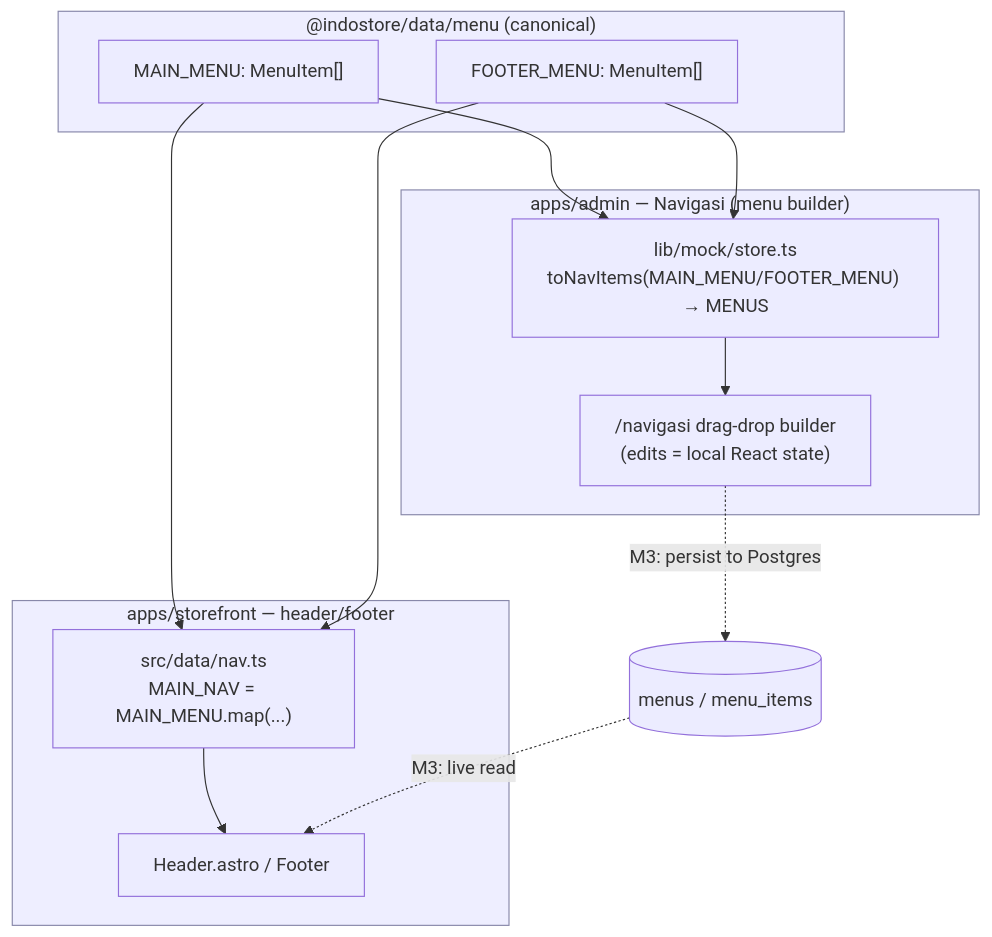
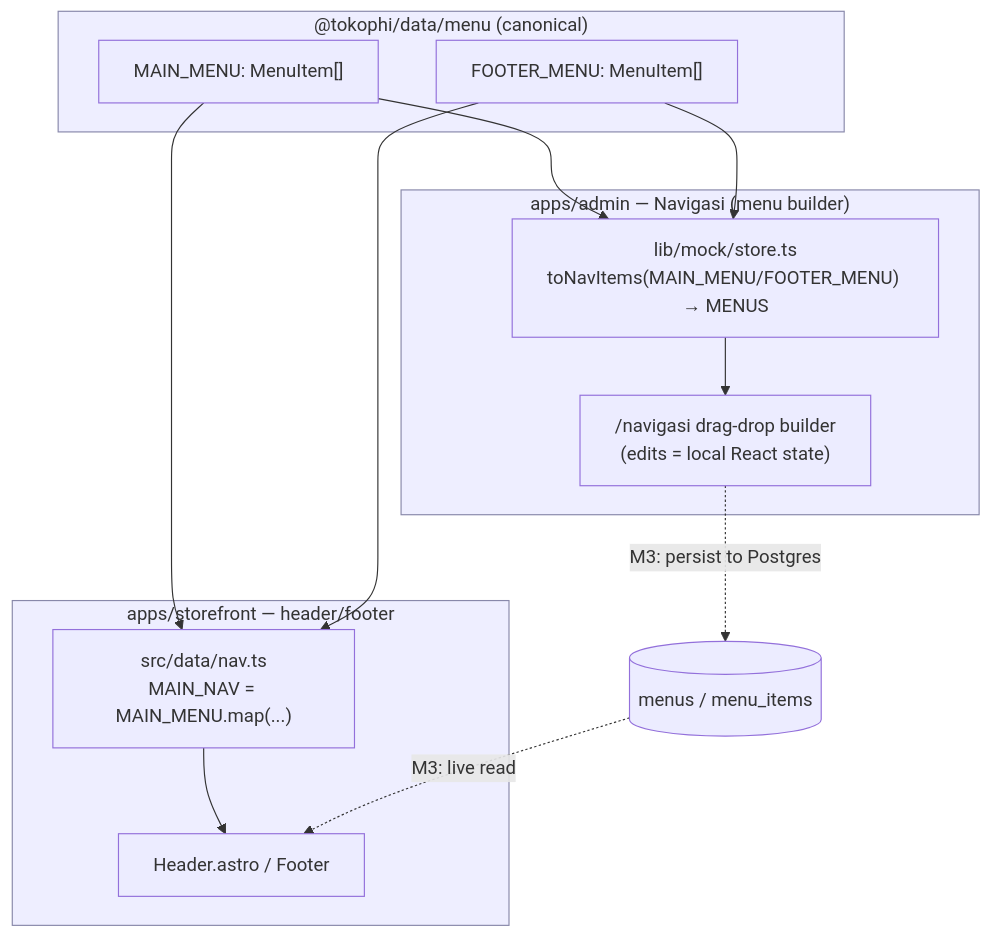
Before and after one commit to ongkipro/tokophi: the sixth of 11 diagrams in specs/docs/UML.md, drawn with Mermaid. The commit also changed other lines of this file and 98 other files, not shown here.

````diff
--- a/specs/docs/UML.md
+++ b/specs/docs/UML.md
@@ -286,28 +286,28 @@
 ```mermaid
 flowchart TB
-  subgraph SRC["@indostore/data/menu (canonical)"]
+  subgraph SRC["@tokophi/data/menu (canonical)"]
     MM["MAIN_MENU: MenuItem[]"]
     FM["FOOTER_MENU: MenuItem[]"]
   end
 
   subgraph ADMIN["apps/admin — Navigasi (menu builder)"]
     AS["lib/mock/store.ts<br/>toNavItems(MAIN_MENU/FOOTER_MENU) → MENUS"]
     BUILDER["/navigasi drag-drop builder<br/>(edits = local React state)"]
   end
 
   subgraph STORE["apps/storefront — header/footer"]
     NAV["src/data/nav.ts<br/>MAIN_NAV = MAIN_MENU.map(...)"]
     HEADER["Header.astro / Footer"]
   end
 
   MM --> AS --> BUILDER
   FM --> AS
   MM --> NAV --> HEADER
   FM --> NAV
 
   BUILDER -. "M3: persist to Postgres" .-> DB[("menus / menu_items")]
   DB -. "M3: live read" .-> HEADER
 
   classDef now fill:#eef,stroke:#88a;
   class SRC,ADMIN,STORE now;
 ```
````
